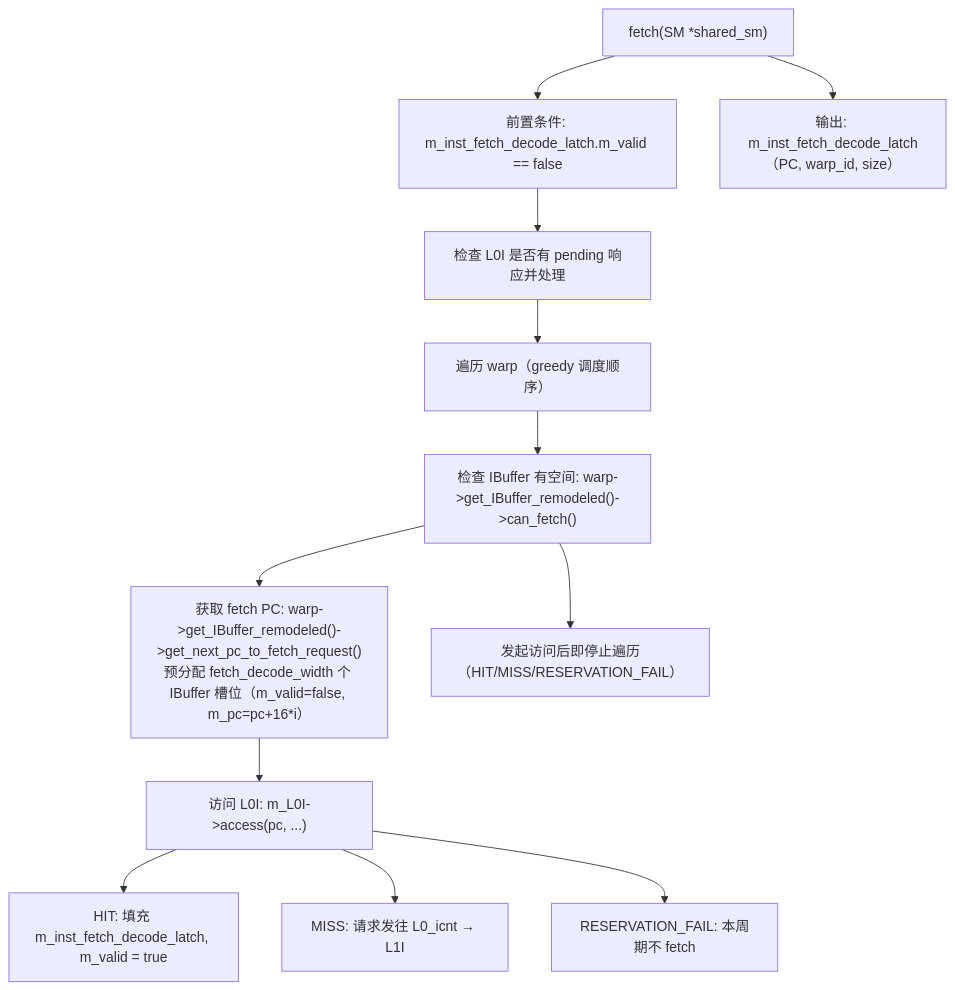
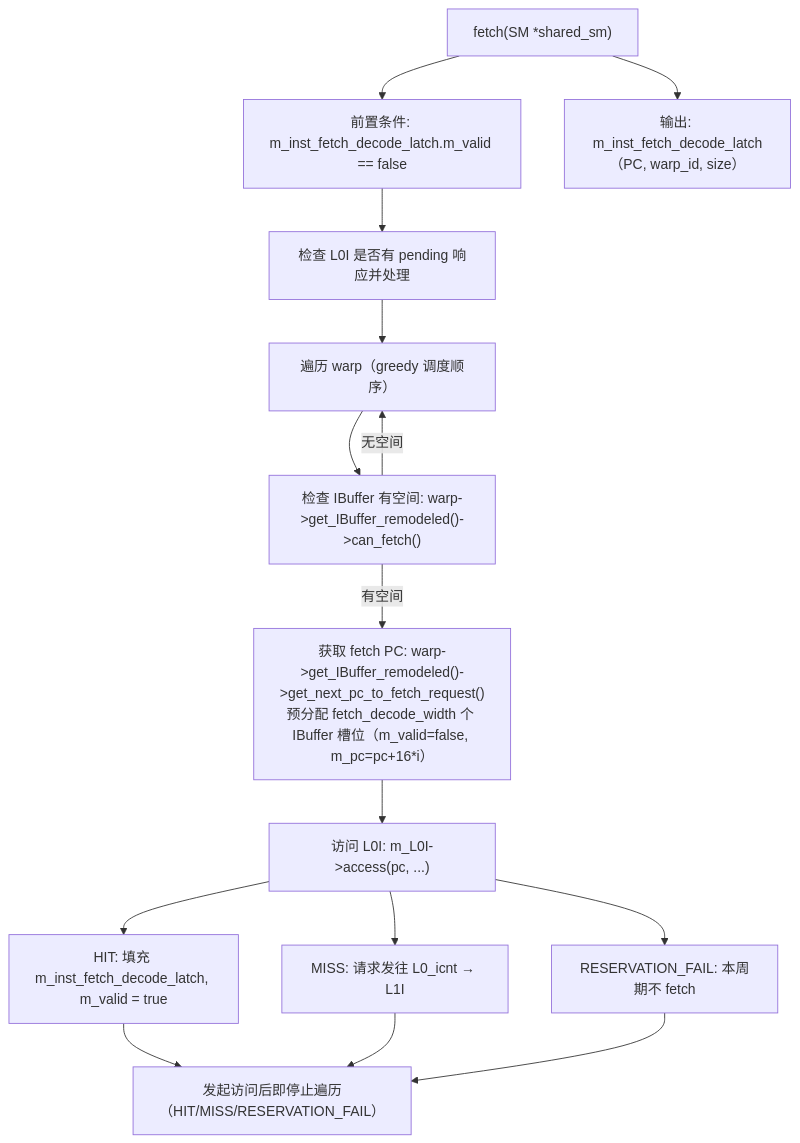
The third of 12 diagrams in docs/detailed-design/03-Subcore流水线设计.md (dzwduan/modern-gpu-simulator-micro-2025), drawn with Mermaid before and after one commit. The commit also changed other lines of this file and 5 other files, not shown here.

Commit message:
docs(detailed-design): fix Mermaid diagram semantics and parser compatibility

````diff
--- a/docs/detailed-design/03-Subcore流水线设计.md
+++ b/docs/detailed-design/03-Subcore流水线设计.md
@@ -290,23 +290,24 @@
 ```mermaid
 flowchart TD
     FETCH["fetch(SM *shared_sm)"]
     PRE["前置条件: m_inst_fetch_decode_latch.m_valid == false"]
     CHK["检查 L0I 是否有 pending 响应并处理"]
     LOOP["遍历 warp（greedy 调度顺序）"]
     IB["检查 IBuffer 有空间: warp->get_IBuffer_remodeled()->can_fetch()"]
     PC["获取 fetch PC: warp->get_IBuffer_remodeled()->get_next_pc_to_fetch_request()<br/>预分配 fetch_decode_width 个 IBuffer 槽位（m_valid=false, m_pc=pc+16*i）"]
     L0I["访问 L0I: m_L0I->access(pc, ...)"]
     HIT["HIT: 填充 m_inst_fetch_decode_latch, m_valid = true"]
     MISS["MISS: 请求发往 L0_icnt → L1I"]
     RFAIL["RESERVATION_FAIL: 本周期不 fetch"]
     STOP["发起访问后即停止遍历（HIT/MISS/RESERVATION_FAIL）"]
     OUT["输出: m_inst_fetch_decode_latch（PC, warp_id, size）"]
 
     FETCH --> PRE --> CHK --> LOOP
-    LOOP --> IB --> PC --> L0I
-    L0I --> HIT
-    L0I --> MISS
-    L0I --> RFAIL
-    IB --> STOP
+    LOOP --> IB
+    IB -->|"有空间"| PC --> L0I
+    IB -->|"无空间"| LOOP
+    L0I --> HIT --> STOP
+    L0I --> MISS --> STOP
+    L0I --> RFAIL --> STOP
     FETCH --> OUT
 ```
````
